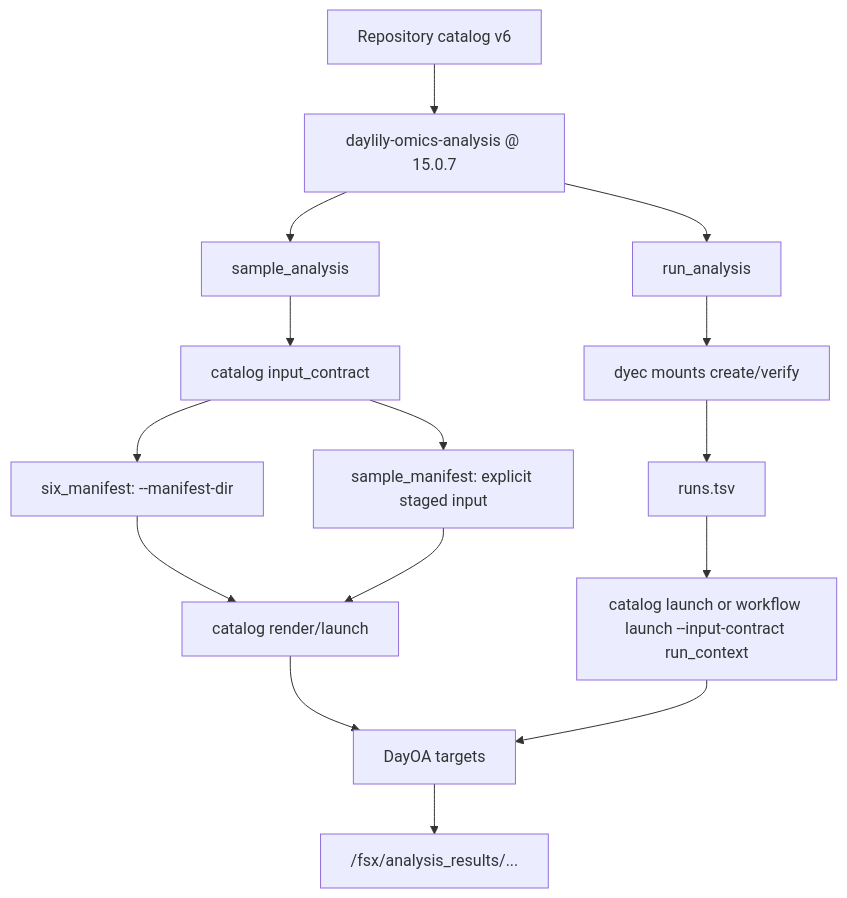
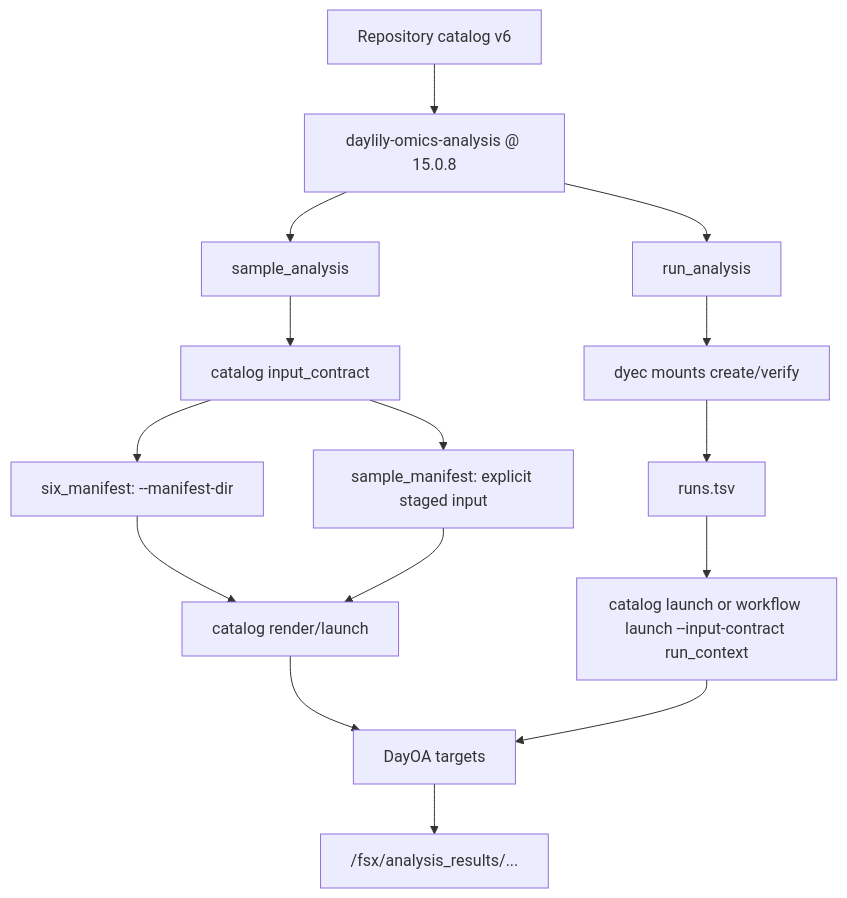
The third of 3 diagrams in docs/dra_fsx_strategy.md (Daylily-Informatics/daylily-ephemeral-cluster), drawn with Mermaid before and after one commit. The commit also changed other lines of this file and 24 other files, not shown here.

````diff
--- a/docs/dra_fsx_strategy.md
+++ b/docs/dra_fsx_strategy.md
@@ -110,20 +110,20 @@
 ```mermaid
 flowchart TB
-  Catalog["Repository catalog v6"] --> Repo["daylily-omics-analysis @ 15.0.7"]
+  Catalog["Repository catalog v6"] --> Repo["daylily-omics-analysis @ 15.0.8"]
   Repo --> Sample["sample_analysis"]
   Repo --> Run["run_analysis"]
 
   Sample --> Contract["catalog input_contract"]
   Contract --> Six["six_manifest: --manifest-dir"]
   Contract --> Legacy["sample_manifest: explicit staged input"]
   Six --> LaunchA["catalog render/launch"]
   Legacy --> LaunchA
 
   Run --> Mount["dyec mounts create/verify"]
   Mount --> Runs["runs.tsv"]
   Runs --> LaunchB["catalog launch or workflow launch --input-contract run_context"]
 
   LaunchA --> DayOA["DayOA targets"]
   LaunchB --> DayOA
   DayOA --> Results["/fsx/analysis_results/..."]
 ```
````
